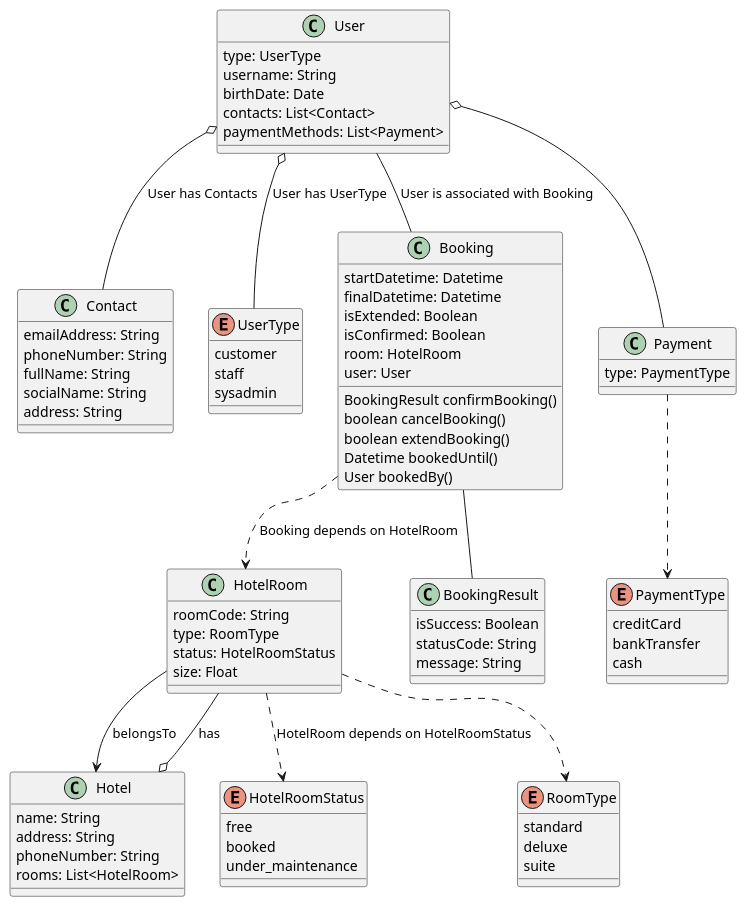
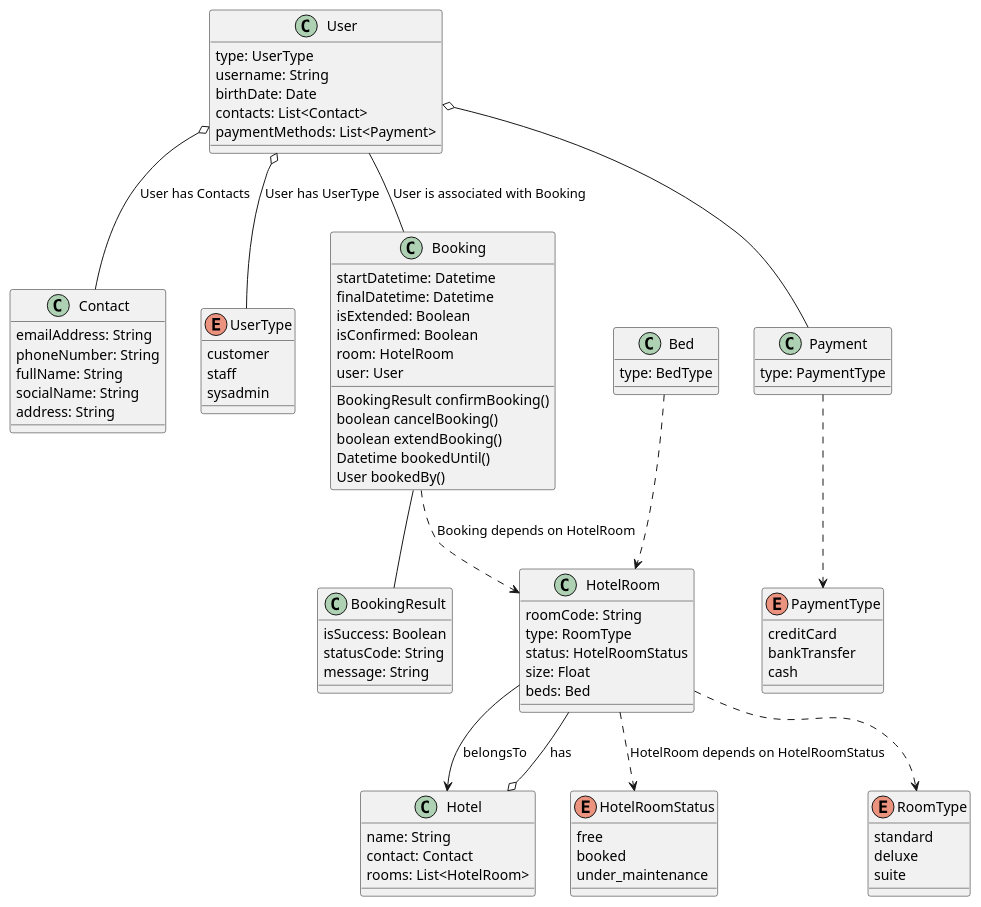
One commit to ICEI-PUC-Minas-PMV-SI/pmv-si-2025-2-pe6-t3-g3-t3-2025-2 changed the diagram in docs/diagram/class/class_diagram.puml. Above: the diagram before and after it, drawn with PlantUML. The commit also changed 1 other file, not shown here.

Commit message:
minor updates on the class diagram | added the ER diagram (still needs evaluatation)

```diff
--- a/docs/diagram/class/class_diagram.puml
+++ b/docs/diagram/class/class_diagram.puml
@@ -1,91 +1,97 @@
 @startuml
   User o-- Contact : User has Contacts
   User o-- UserType : User has UserType
   Booking ..> HotelRoom : Booking depends on HotelRoom
   User -- Booking : User is associated with Booking
   
   Hotel o-- HotelRoom : has
   HotelRoom --> Hotel : belongsTo
   HotelRoom ..>  HotelRoomStatus : HotelRoom depends on HotelRoomStatus
   HotelRoom ..> RoomType
+  Bed ..> HotelRoom
   
   User o-- Payment
   Payment ..> PaymentType
   Booking -- BookingResult
   
   class Contact {
       emailAddress: String
       phoneNumber: String
       fullName: String
       socialName: String
       address: String
   }
 
   class User {
       type: UserType
       username: String
       birthDate: Date
       contacts: List<Contact>
       paymentMethods: List<Payment>
   }
 
   enum UserType {
     customer
     staff
     sysadmin
   }
   class Payment {
       type: PaymentType
   }
 
   enum PaymentType {
     creditCard
     bankTransfer
     cash
   }
 
   class Booking {
       startDatetime: Datetime
       finalDatetime: Datetime
       isExtended: Boolean
       isConfirmed: Boolean
       room: HotelRoom
       user: User
 
       BookingResult confirmBooking()
       boolean cancelBooking()
       boolean extendBooking()
       Datetime bookedUntil()
       User bookedBy()
   }
 
   class BookingResult {
     isSuccess: Boolean
     statusCode: String
     message: String
   }
 
   class Hotel {
     name: String
-    address: String
-    phoneNumber: String
+    contact: Contact
     rooms: List<HotelRoom>
   }
 
   class HotelRoom {
     roomCode: String
     type: RoomType
     status: HotelRoomStatus
     size: Float
+    beds: Bed
   }
+
+  class Bed {
+    type: BedType
+  }
+
   enum RoomType {
     standard
     deluxe
     suite
   }
   enum HotelRoomStatus {
     free
     booked
     under_maintenance
   }
 @enduml
```
